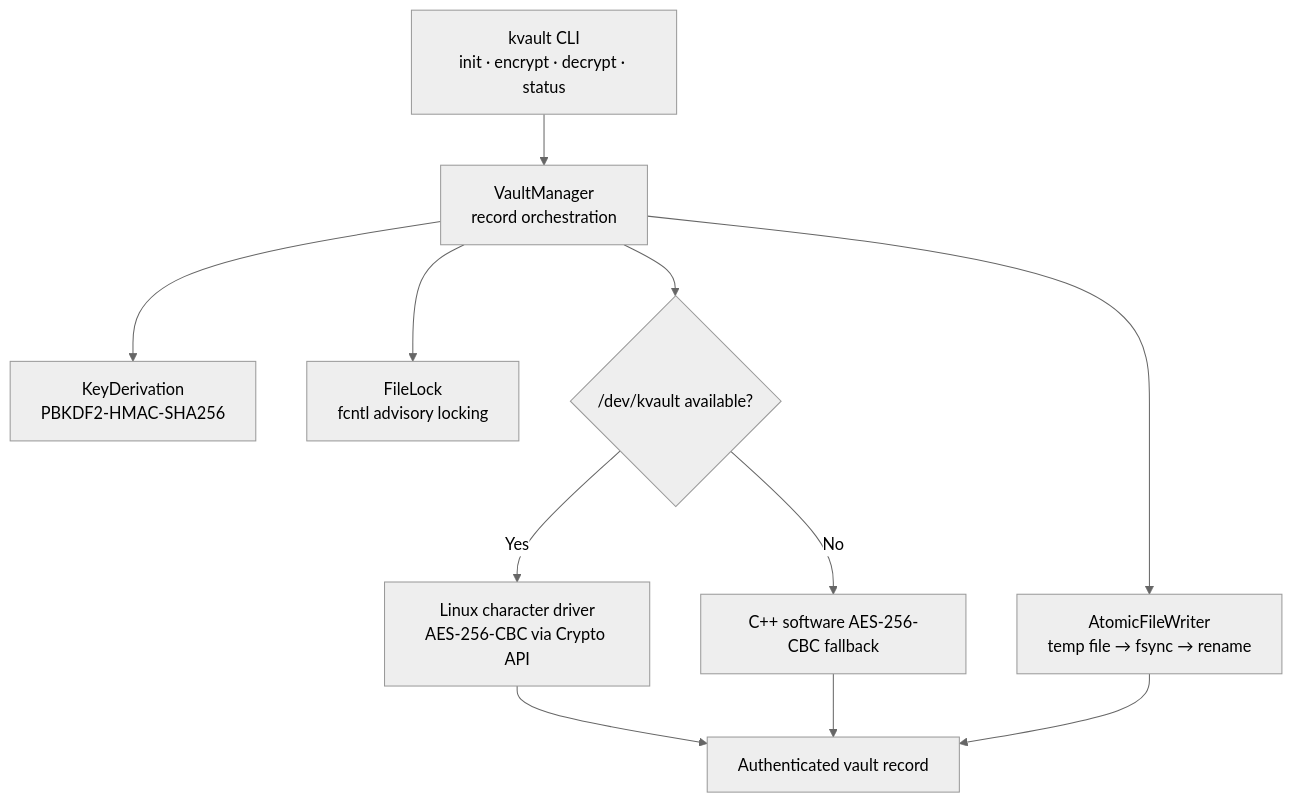
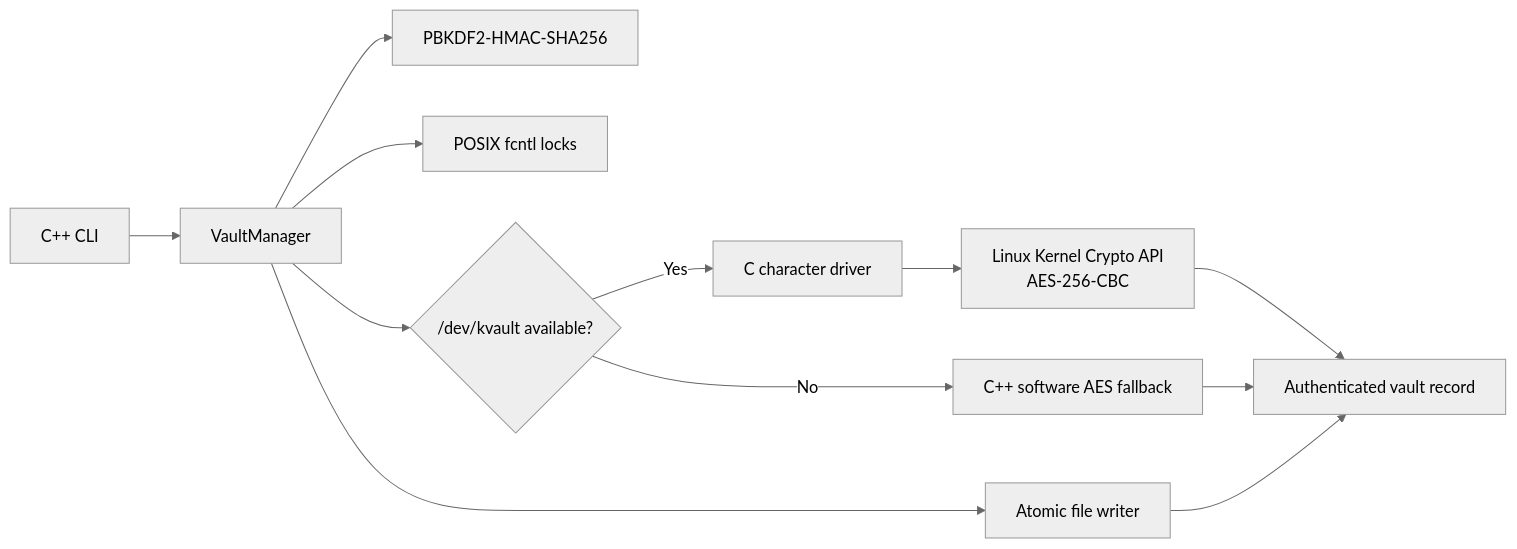
Before and after one commit to XYZ-coderr/KernelVault: the diagram in README.md, drawn with Mermaid (neutral theme). The commit also changed other lines of this file and 79 other files, not shown here.

````diff
--- a/README.md
+++ b/README.md
@@ -44,13 +21,14 @@
 ```mermaid
-flowchart TB
-    CLI["kvault CLI\ninit · encrypt · decrypt · status"] --> VM["VaultManager\nrecord orchestration"]
-    VM --> KDF["KeyDerivation\nPBKDF2-HMAC-SHA256"]
-    VM --> LOCK["FileLock\nfcntl advisory locking"]
-    VM --> ATOMIC["AtomicFileWriter\ntemp file → fsync → rename"]
-    VM --> DEVICE{"/dev/kvault available?"}
-    DEVICE -->|Yes| DRIVER["Linux character driver\nAES-256-CBC via Crypto API"]
-    DEVICE -->|No| FALLBACK["C++ software AES-256-CBC fallback"]
-    DRIVER --> RECORD["Authenticated vault record"]
-    FALLBACK --> RECORD
-    ATOMIC --> RECORD
+flowchart LR
+    CLI["C++ CLI"] --> VM["VaultManager"]
+    VM --> KDF["PBKDF2-HMAC-SHA256"]
+    VM --> LOCK["POSIX fcntl locks"]
+    VM --> OUT["Atomic file writer"]
+    VM --> DEV{"/dev/kvault available?"}
+    DEV -->|Yes| DRIVER["C character driver"]
+    DRIVER --> API["Linux Kernel Crypto API\nAES-256-CBC"]
+    DEV -->|No| SW["C++ software AES fallback"]
+    API --> REC["Authenticated vault record"]
+    SW --> REC
+    OUT --> REC
 ```
````
